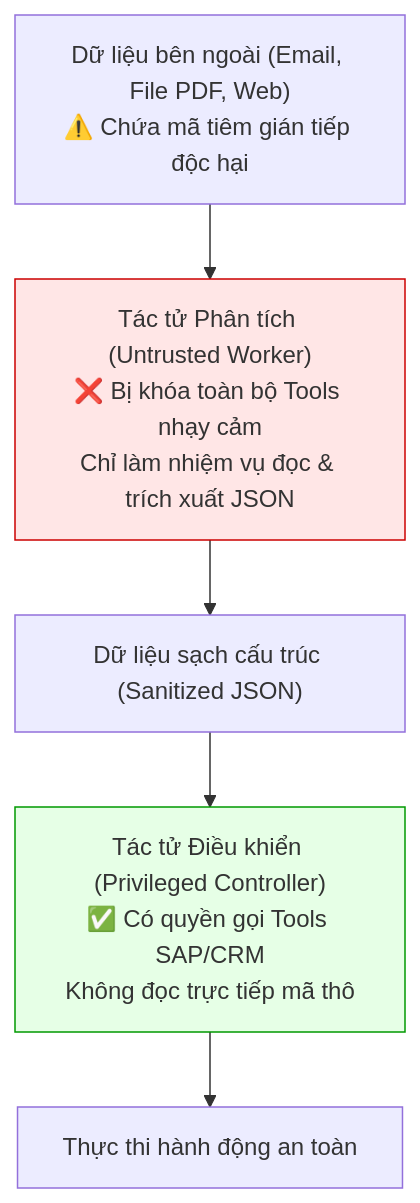
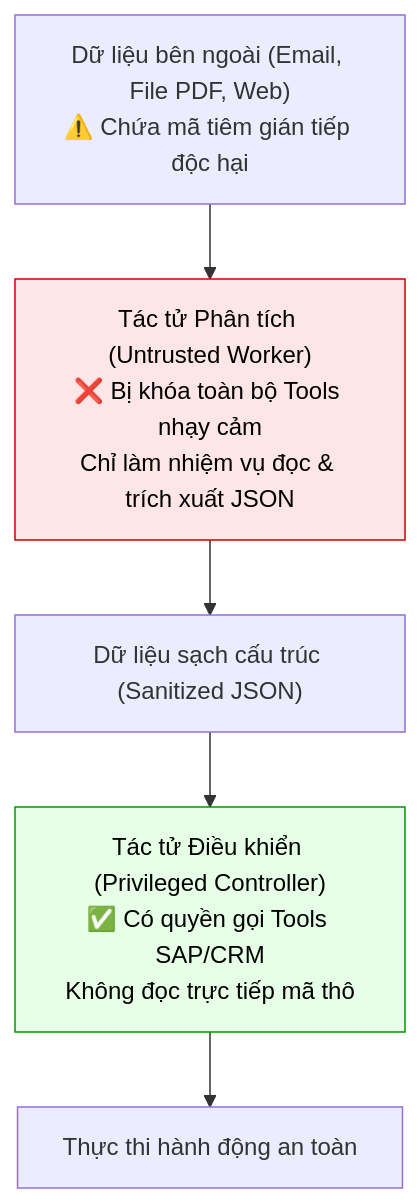
The tenth of 11 diagrams in 03-building-agents/how_to_build_enterprise_ai_agents.md (LeNguyenHaiDuong/agent_course), drawn with Mermaid before and after one commit. The commit also changed other lines of this file and 36 other files, not shown here.

````diff
--- a/03-building-agents/how_to_build_enterprise_ai_agents.md
+++ b/03-building-agents/how_to_build_enterprise_ai_agents.md
@@ -510,10 +510,10 @@
 ```mermaid
 flowchart TD
     ExtData["Dữ liệu bên ngoài (Email, File PDF, Web)<br>⚠️ Chứa mã tiêm gián tiếp độc hại"] --> Untrusted["Tác tử Phân tích (Untrusted Worker)<br>❌ Bị khóa toàn bộ Tools nhạy cảm<br>Chỉ làm nhiệm vụ đọc & trích xuất JSON"]
     Untrusted --> Sanitized["Dữ liệu sạch cấu trúc (Sanitized JSON)"]
     Sanitized --> Privileged["Tác tử Điều khiển (Privileged Controller)<br>✅ Có quyền gọi Tools SAP/CRM<br>Không đọc trực tiếp mã thô"]
     Privileged --> Action["Thực thi hành động an toàn"]
 
-    style Untrusted fill:#ffe6e6,stroke:#cc0000
-    style Privileged fill:#e6ffe6,stroke:#009900
+    style Untrusted fill:#ffe6e6,stroke:#cc0000,color:#000000
+    style Privileged fill:#e6ffe6,stroke:#009900,color:#000000
 ```
````
